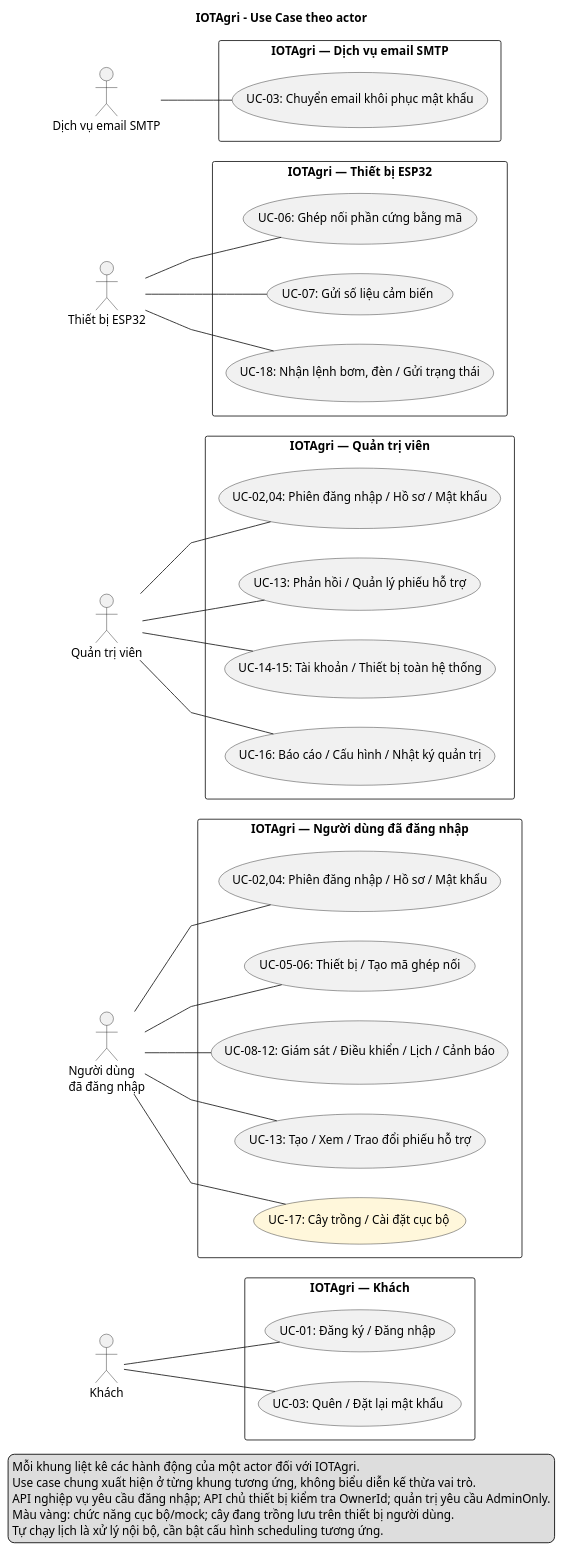
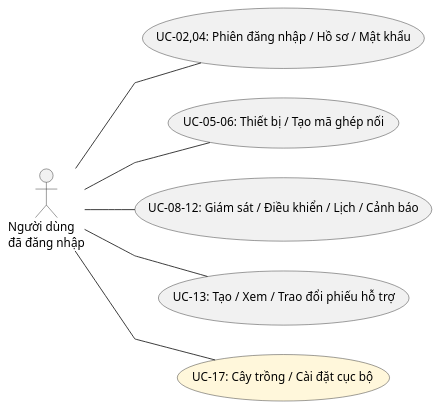
Before and after one commit to huuanh1411/IOTAgri: the second of 5 diagrams in docs/diagrams/use-case-overview.puml, drawn with PlantUML. The commit also changed other lines of this file and 17 other files, not shown here.

Commit message:
docs: center actors in compact use case diagrams

```diff
--- a/docs/diagrams/use-case-overview.puml
+++ b/docs/diagrams/use-case-overview.puml
@@ -1,67 +15,19 @@
-@startuml
+@startuml use-case-overview-user
 left to right direction
 skinparam actorStyle stickman
-skinparam packageStyle rectangle
 skinparam shadowing false
 skinparam linetype polyline
-title IOTAgri - Use Case theo actor
-' Mỗi actor có một khung riêng; use case chung được lặp lại theo vai trò.
-
-actor "Khách" as Guest
-rectangle "IOTAgri — Khách" as GuestFrame {
-  usecase "UC-01: Đăng ký / Đăng nhập" as GuestUC1
-  usecase "UC-03: Quên / Đặt lại mật khẩu" as GuestUC2
-}
-Guest -- GuestUC1
-Guest -- GuestUC2
-
+' Một sơ đồ cho mỗi actor; không dùng khung bao.
+' SVG do render-use-cases.py xuất có actor ở giữa, use case tỏa ra hai bên.
 actor "Người dùng\nđã đăng nhập" as User
-rectangle "IOTAgri — Người dùng đã đăng nhập" as UserFrame {
-  usecase "UC-02,04: Phiên đăng nhập / Hồ sơ / Mật khẩu" as UserUC1
-  usecase "UC-05–06: Thiết bị / Tạo mã ghép nối" as UserUC2
-  usecase "UC-08–12: Giám sát / Điều khiển / Lịch / Cảnh báo" as UserUC3
-  usecase "UC-13: Tạo / Xem / Trao đổi phiếu hỗ trợ" as UserUC4
-  usecase "UC-17: Cây trồng / Cài đặt cục bộ" as UserUC5 #FFF7DB
-}
+usecase "UC-02,04: Phiên đăng nhập / Hồ sơ / Mật khẩu" as UserUC1
+usecase "UC-05–06: Thiết bị / Tạo mã ghép nối" as UserUC2
+usecase "UC-08–12: Giám sát / Điều khiển / Lịch / Cảnh báo" as UserUC3
+usecase "UC-13: Tạo / Xem / Trao đổi phiếu hỗ trợ" as UserUC4
+usecase "UC-17: Cây trồng / Cài đặt cục bộ" as UserUC5 #FFF7DB
 User -- UserUC1
 User -- UserUC2
 User -- UserUC3
 User -- UserUC4
 User -- UserUC5
-
-actor "Quản trị viên" as Admin
-rectangle "IOTAgri — Quản trị viên" as AdminFrame {
-  usecase "UC-02,04: Phiên đăng nhập / Hồ sơ / Mật khẩu" as AdminUC1
-  usecase "UC-13: Phản hồi / Quản lý phiếu hỗ trợ" as AdminUC2
-  usecase "UC-14–15: Tài khoản / Thiết bị toàn hệ thống" as AdminUC3
-  usecase "UC-16: Báo cáo / Cấu hình / Nhật ký quản trị" as AdminUC4
-}
-Admin -- AdminUC1
-Admin -- AdminUC2
-Admin -- AdminUC3
-Admin -- AdminUC4
-
-actor "Thiết bị ESP32" as ESP
-rectangle "IOTAgri — Thiết bị ESP32" as ESPFrame {
-  usecase "UC-06: Ghép nối phần cứng bằng mã" as ESPUC1
-  usecase "UC-07: Gửi số liệu cảm biến" as ESPUC2
-  usecase "UC-18: Nhận lệnh bơm, đèn / Gửi trạng thái" as ESPUC3
-}
-ESP -- ESPUC1
-ESP -- ESPUC2
-ESP -- ESPUC3
-
-actor "Dịch vụ email SMTP" as SMTP
-rectangle "IOTAgri — Dịch vụ email SMTP" as SMTPFrame {
-  usecase "UC-03: Chuyển email khôi phục mật khẩu" as SMTPUC1
-}
-SMTP -- SMTPUC1
-
-legend bottom
-  Mỗi khung liệt kê các hành động của một actor đối với IOTAgri.
-  Use case chung xuất hiện ở từng khung tương ứng, không biểu diễn kế thừa vai trò.
-  API nghiệp vụ yêu cầu đăng nhập; API chủ thiết bị kiểm tra OwnerId; quản trị yêu cầu AdminOnly.
-  Màu vàng: chức năng cục bộ/mock; cây đang trồng lưu trên thiết bị người dùng.
-  Tự chạy lịch là xử lý nội bộ, cần bật cấu hình scheduling tương ứng.
-endlegend
 @enduml
```
